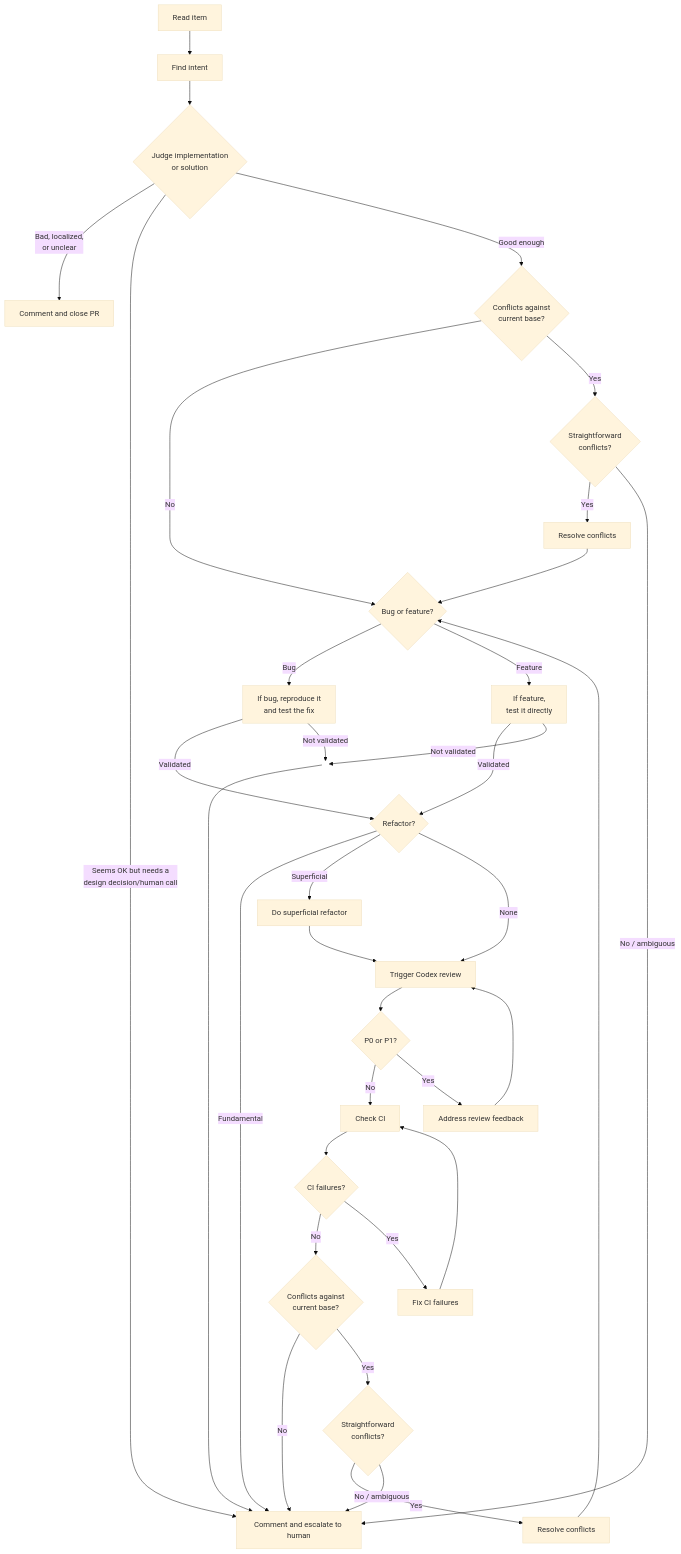
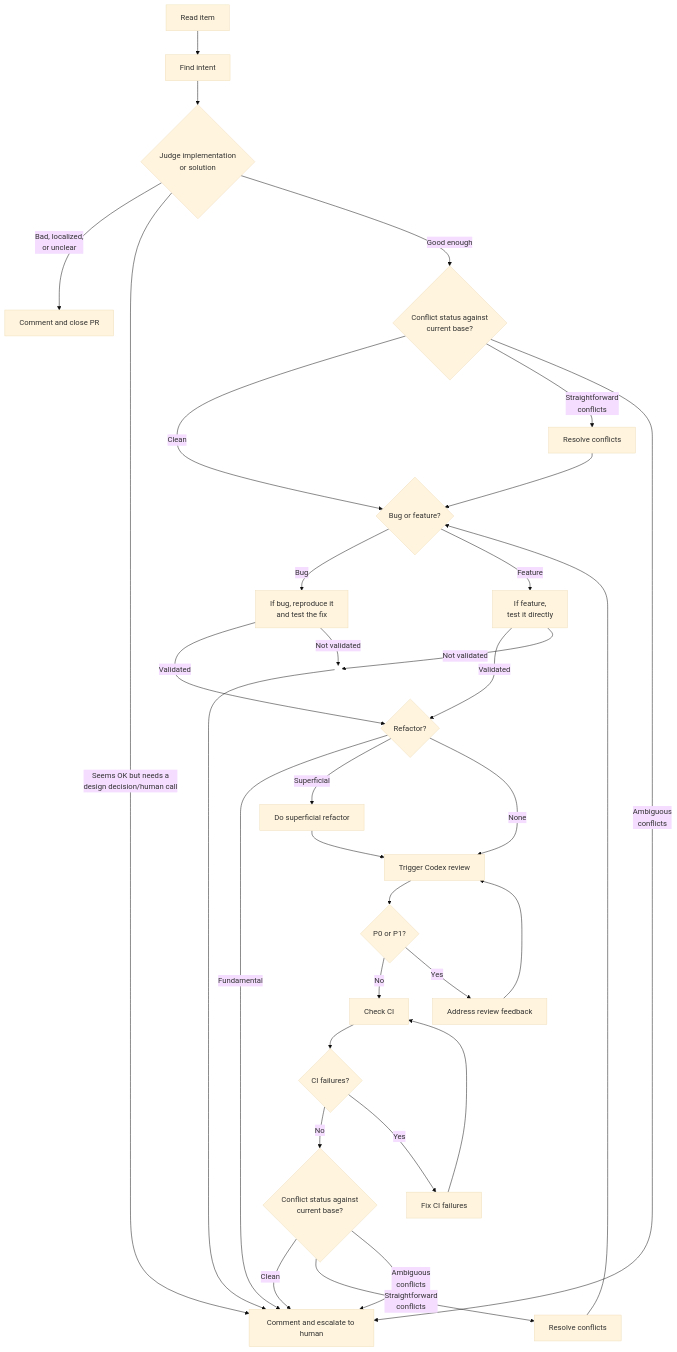
Before and after one commit to openclaw/acpx: the diagram in examples/flows/pr-triage/README.md, drawn with Mermaid (base theme).

Commit message:
docs: simplify conflict gate flowchart

````diff
--- a/examples/flows/pr-triage/README.md
+++ b/examples/flows/pr-triage/README.md
@@ -5,47 +5,45 @@
 ```mermaid
 flowchart TD
     classDef hidden fill:none,stroke:none,color:none,stroke-width:0px;
     A[Read item] --> B[Find intent]
     B --> C{"Judge implementation<br/>or solution"}
 
     C -->|"Bad, localized,<br/>or unclear"| D[Comment and close PR]
     C -->|"Seems OK but needs a<br/>design decision/human call"| E[Comment and escalate to human]
-    C -->|Good enough| M{"Conflicts against<br/>current base?"}
+    C -->|Good enough| M{"Conflict status against<br/>current base?"}
 
-    M -->|No| V{Bug or feature?}
-    M -->|Yes| N{"Straightforward<br/>conflicts?"}
-    N -->|Yes| O[Resolve conflicts]
+    M -->|Clean| V{Bug or feature?}
+    M -->|"Straightforward<br/>conflicts"| O[Resolve conflicts]
     O --> V
-    N -->|"No / ambiguous"| E
+    M -->|"Ambiguous<br/>conflicts"| E
 
     V -->|Bug| P[If bug, reproduce it<br/>and test the fix]
     V -->|Feature| T[If feature,<br/>test it directly]
 
     P -->|Validated| F{Refactor?}
     T -->|Validated| F
     P -->|"Not validated"| X(( ))
     T -->|"Not validated"| X
     X --> E
     X ~~~ F
     class X hidden
 
     F -->|Fundamental| E
     F -->|Superficial| R[Do superficial refactor]
     F -->|None| G[Trigger Codex review]
     R --> G
 
     G --> H{P0 or P1?}
     H -->|No| J[Check CI]
     H -->|Yes| I[Address review feedback]
     I --> G
     J --> K{CI failures?}
-    K -->|No| Q{"Conflicts against<br/>current base?"}
+    K -->|No| Q{"Conflict status against<br/>current base?"}
     K -->|Yes| L[Fix CI failures]
     L --> J
 
-    Q -->|No| E
-    Q -->|Yes| S{"Straightforward<br/>conflicts?"}
-    S -->|Yes| U[Resolve conflicts]
+    Q -->|Clean| E
+    Q -->|"Straightforward<br/>conflicts"| U[Resolve conflicts]
     U --> V
-    S -->|"No / ambiguous"| E
+    Q -->|"Ambiguous<br/>conflicts"| E
 ```
````
